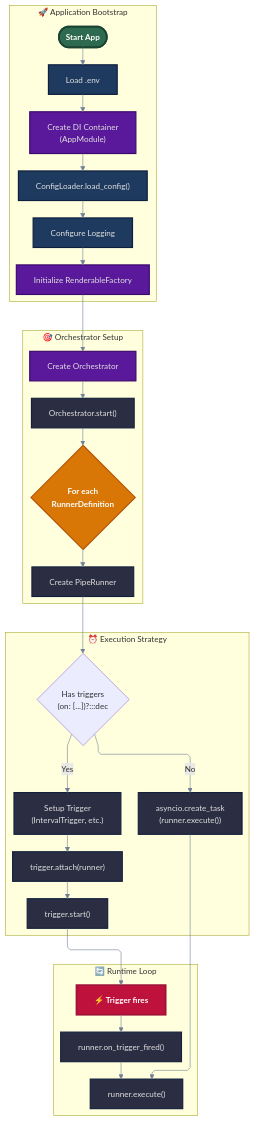
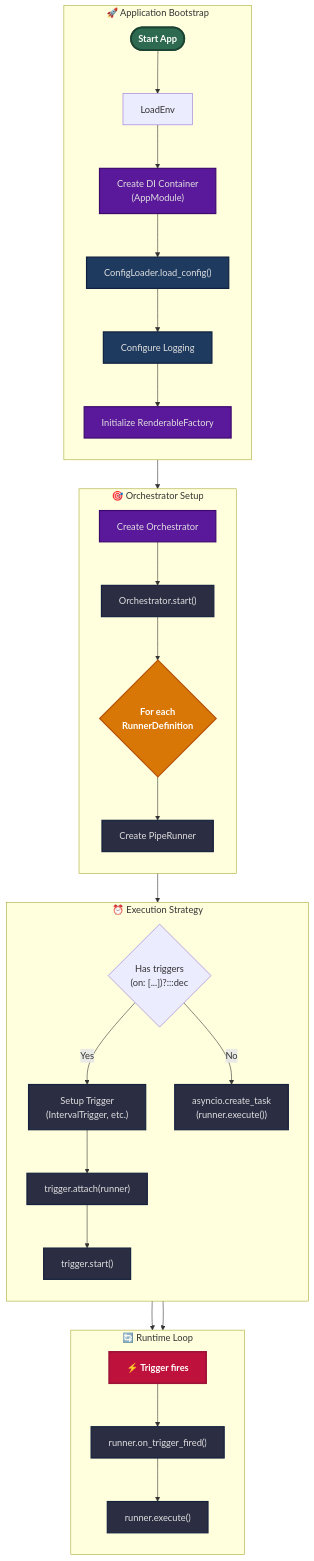
One commit to Softoft-Orga/open-ticket-ai changed the second of 5 diagrams in docs/docs_src/en/docs/concepts/pipeline.md. Above: the diagram before and after it, drawn with Mermaid. The commit also changed other lines of this file and 22 other files, not shown here.

````diff
--- a/docs/docs_src/en/docs/concepts/pipeline.md
+++ b/docs/docs_src/en/docs/concepts/pipeline.md
@@ -109,70 +100,68 @@
 ```mermaid
 %%{init:{
   "flowchart":{"defaultRenderer":"elk","htmlLabels":true,"curve":"linear"},
   "themeVariables":{"fontSize":"14px","fontFamily":"system-ui","lineColor":"#718096"},
-  "elk":{"spacing":{"nodeNode":20,"nodeNodeBetweenLayers":18}}
 }}%%
 
 flowchart TB
 
 %% ===================== BOOTSTRAP =====================
 subgraph BOOT["🚀 Application Bootstrap"]
   direction TB
   Start([Start App]):::start
-  LoadEnv["Load .env"]:::cfg
   CreateDI["Create DI Container<br/>(AppModule)"]:::di
   LoadConfig["ConfigLoader.load_config()"]:::cfg
   SetupLog["Configure Logging"]:::cfg
   InitFactory["Initialize RenderableFactory"]:::di
   
   Start --> LoadEnv --> CreateDI --> LoadConfig --> SetupLog --> InitFactory
 end
 
 %% ===================== ORCHESTRATOR =====================
 subgraph ORCH["🎯 Orchestrator Setup"]
   direction TB
   CreateOrch["Create Orchestrator"]:::di
   StartOrch["Orchestrator.start()"]:::proc
   LoopRunners{"For each<br/>RunnerDefinition"}:::dec
   CreateRunner["Create PipeRunner"]:::proc
   
   CreateOrch --> StartOrch --> LoopRunners --> CreateRunner
 end
 
 %% ===================== TRIGGER DECISION =====================
 subgraph TRIGGER_DECISION["⏰ Execution Strategy"]
   direction TB
   HasTrigger{"Has triggers<br/>(on: [...])?":::dec}
   SetupTrigger["Setup Trigger<br/>(IntervalTrigger, etc.)"]:::proc
   AttachRunner["trigger.attach(runner)"]:::proc
   StartTrigger["trigger.start()"]:::proc
   ScheduleOnce["asyncio.create_task<br/>(runner.execute())"]:::proc
   
   HasTrigger -- Yes --> SetupTrigger --> AttachRunner --> StartTrigger
   HasTrigger -- No --> ScheduleOnce
 end
 
 %% ===================== RUNTIME =====================
 subgraph RUNTIME["🔄 Runtime Loop"]
   direction TB
   TriggerFires["⚡ Trigger fires"]:::event
   CallRunner["runner.on_trigger_fired()"]:::proc
   ExecutePipe["runner.execute()"]:::proc
   
   TriggerFires --> CallRunner --> ExecutePipe
   ScheduleOnce --> ExecutePipe
 end
 
 %% ===================== CONNECTIONS =====================
 InitFactory --> CreateOrch
 CreateRunner --> HasTrigger
 StartTrigger --> TriggerFires
 
 %% ===================== STYLES =====================
 classDef start fill:#2d6a4f,stroke:#1b4332,stroke-width:3px,color:#fff,font-weight:bold
 classDef cfg fill:#1e3a5f,stroke:#0d1f3d,stroke-width:2px,color:#e0e0e0
 classDef di fill:#5a189a,stroke:#3c096c,stroke-width:2px,color:#e0e0e0
 classDef proc fill:#2b2d42,stroke:#14213d,stroke-width:2px,color:#e0e0e0
 classDef dec fill:#d97706,stroke:#b45309,stroke-width:2px,color:#fff,font-weight:bold
 classDef event fill:#be123c,stroke:#9f1239,stroke-width:3px,color:#fff,font-weight:bold
 ```
````
